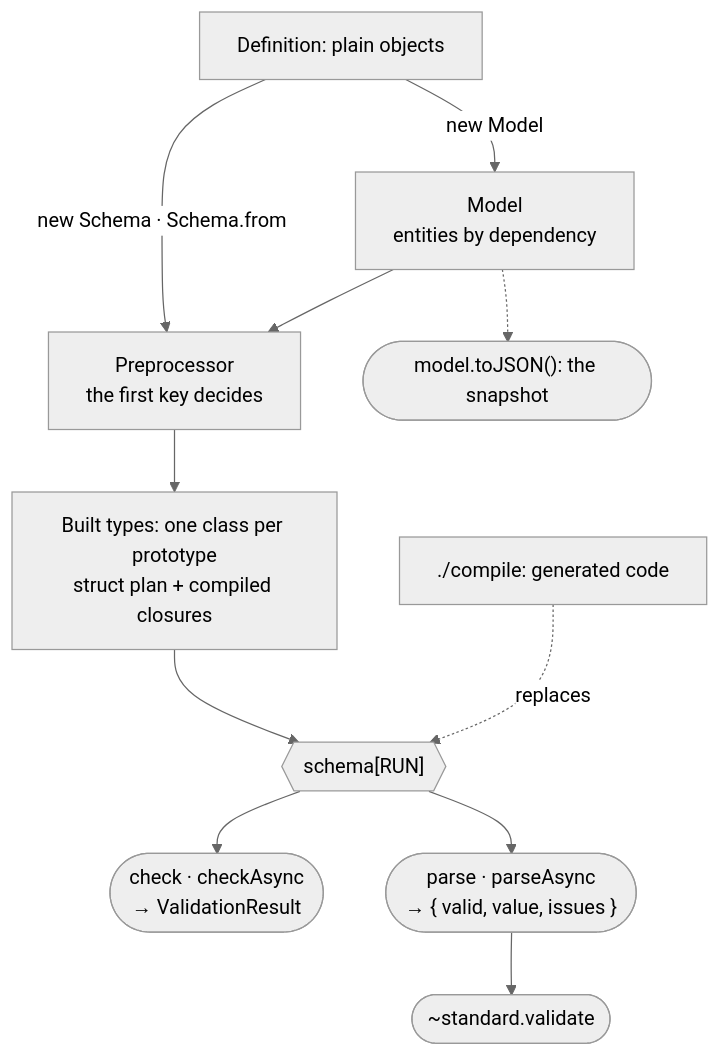
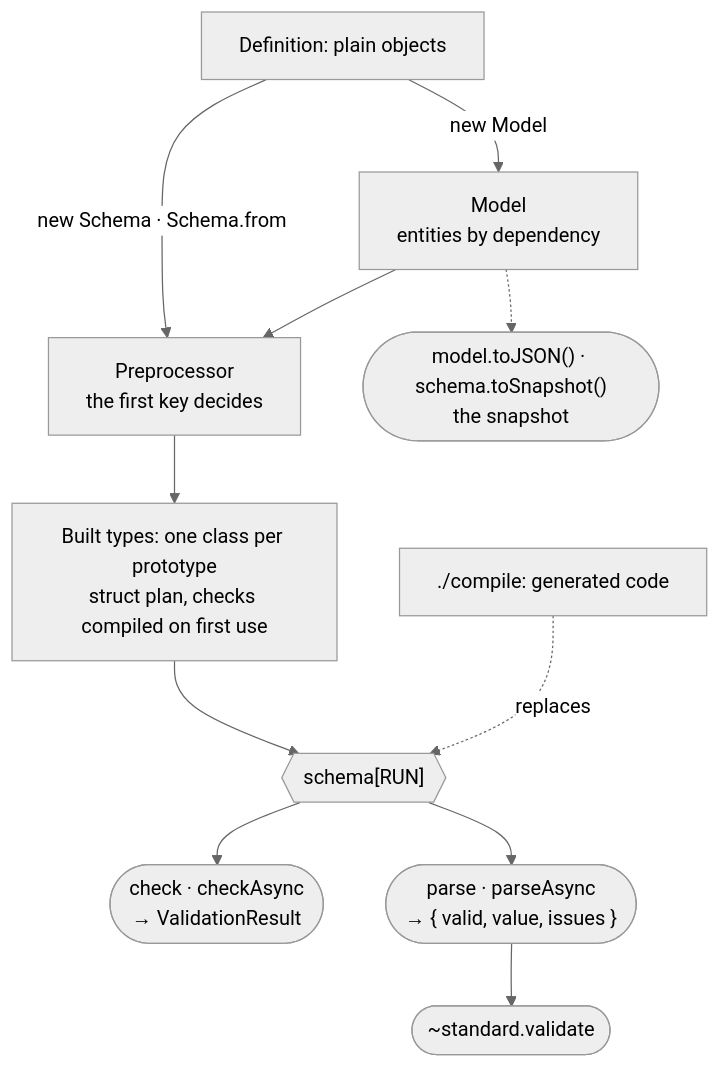
The first of 10 diagrams in docs/guide/architecture.md (Alexis-Technologies/metaschema), drawn with Mermaid (neutral theme) before and after one commit. The commit also changed other lines of this file and 119 other files, not shown here.

First line of the commit message:
metaschema v3.4: toSnapshot, bytes/flags/decimals, lazy checks, ./definition (#8)

````diff
--- a/docs/guide/architecture.md
+++ b/docs/guide/architecture.md
@@ -11,13 +11,13 @@
 ```mermaid
 flowchart TB
     DEF["Definition: plain objects"] -->|"new Schema · Schema.from"| PRE["Preprocessor<br/>the first key decides"]
     DEF -->|"new Model"| MODEL["Model<br/>entities by dependency"]
     MODEL --> PRE
-    MODEL -.-> SNAP(["model.toJSON(): the snapshot"])
-    PRE --> TYPES["Built types: one class per prototype<br/>struct plan + compiled closures"]
+    MODEL -.-> SNAP(["model.toJSON() · schema.toSnapshot()<br/>the snapshot"])
+    PRE --> TYPES["Built types: one class per prototype<br/>struct plan, checks compiled on first use"]
     TYPES --> RUN{{"schema[RUN]"}}
     JIT["./compile: generated code"] -.->|"replaces"| RUN
     RUN --> CHECK(["check · checkAsync<br/>→ ValidationResult"])
     RUN --> PARSE(["parse · parseAsync<br/>→ { valid, value, issues }"])
     PARSE --> STD(["~standard.validate"])
 ```
````
